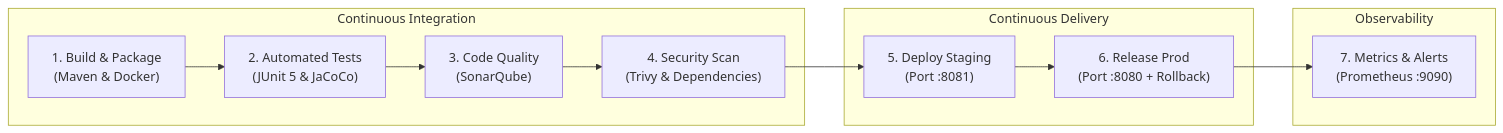
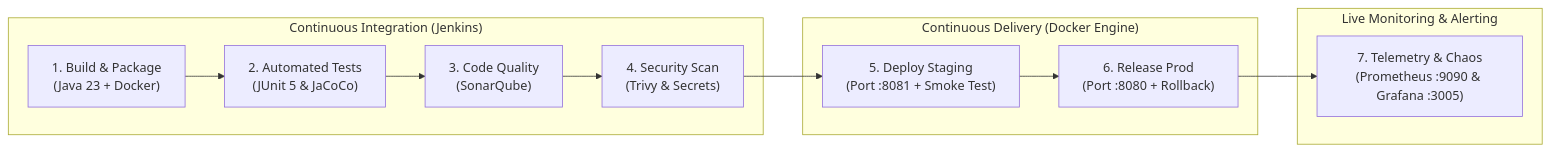
The diagram in SUBMISSION_REPORT.md (satish-nulaka/opsnexus), drawn with Mermaid before and after one commit. The commit also changed other lines of this file and 2 other files, not shown here.

````diff
--- a/SUBMISSION_REPORT.md
+++ b/SUBMISSION_REPORT.md
@@ -24,17 +28,17 @@
 ```mermaid
 flowchart LR
-    subgraph CI["Continuous Integration"]
-        S1["1. Build & Package\n(Maven & Docker)"] --> S2["2. Automated Tests\n(JUnit 5 & JaCoCo)"]
+    subgraph CI["Continuous Integration (Jenkins)"]
+        S1["1. Build & Package\n(Java 23 + Docker)"] --> S2["2. Automated Tests\n(JUnit 5 & JaCoCo)"]
         S2 --> S3["3. Code Quality\n(SonarQube)"]
-        S3 --> S4["4. Security Scan\n(Trivy & Dependencies)"]
+        S3 --> S4["4. Security Scan\n(Trivy & Secrets)"]
     end
 
-    subgraph CD["Continuous Delivery"]
-        S4 --> S5["5. Deploy Staging\n(Port :8081)"]
+    subgraph CD["Continuous Delivery (Docker Engine)"]
+        S4 --> S5["5. Deploy Staging\n(Port :8081 + Smoke Test)"]
         S5 --> S6["6. Release Prod\n(Port :8080 + Rollback)"]
     end
 
-    subgraph Monitoring["Observability"]
-        S6 --> S7["7. Metrics & Alerts\n(Prometheus :9090)"]
+    subgraph Observability["Live Monitoring & Alerting"]
+        S6 --> S7["7. Telemetry & Chaos\n(Prometheus :9090 & Grafana :3005)"]
     end
 ```
````
